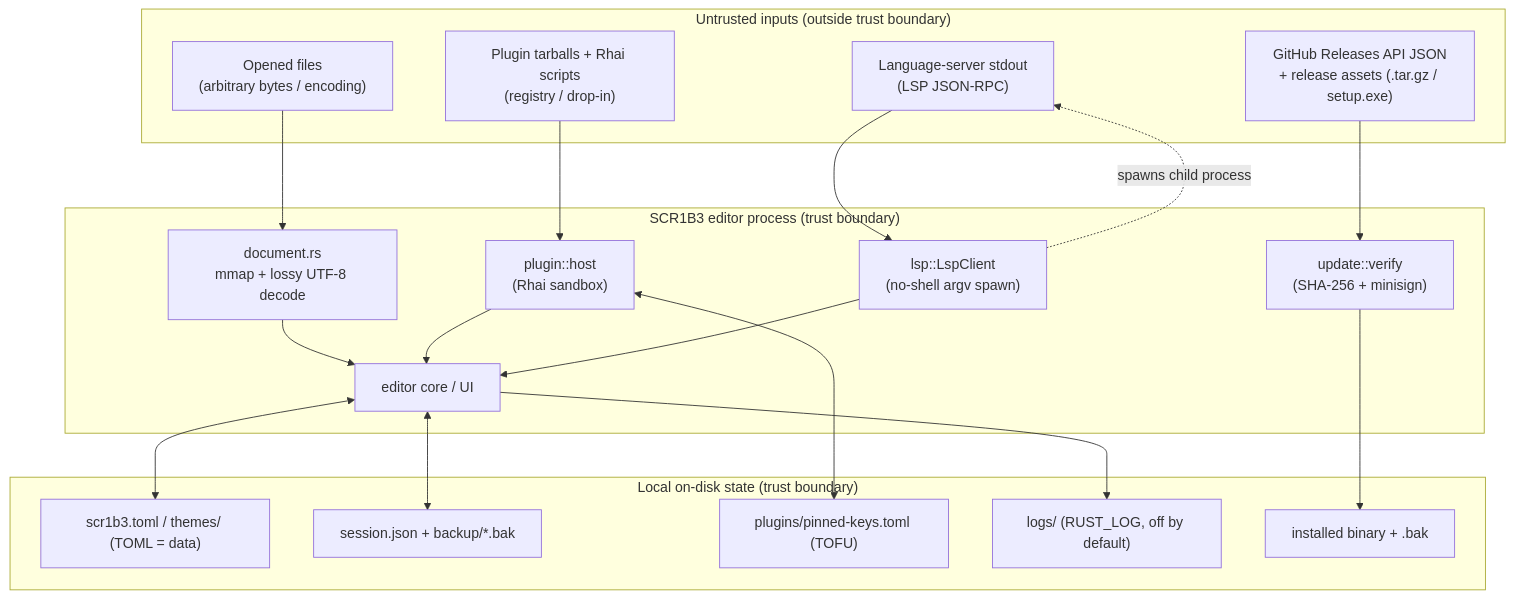
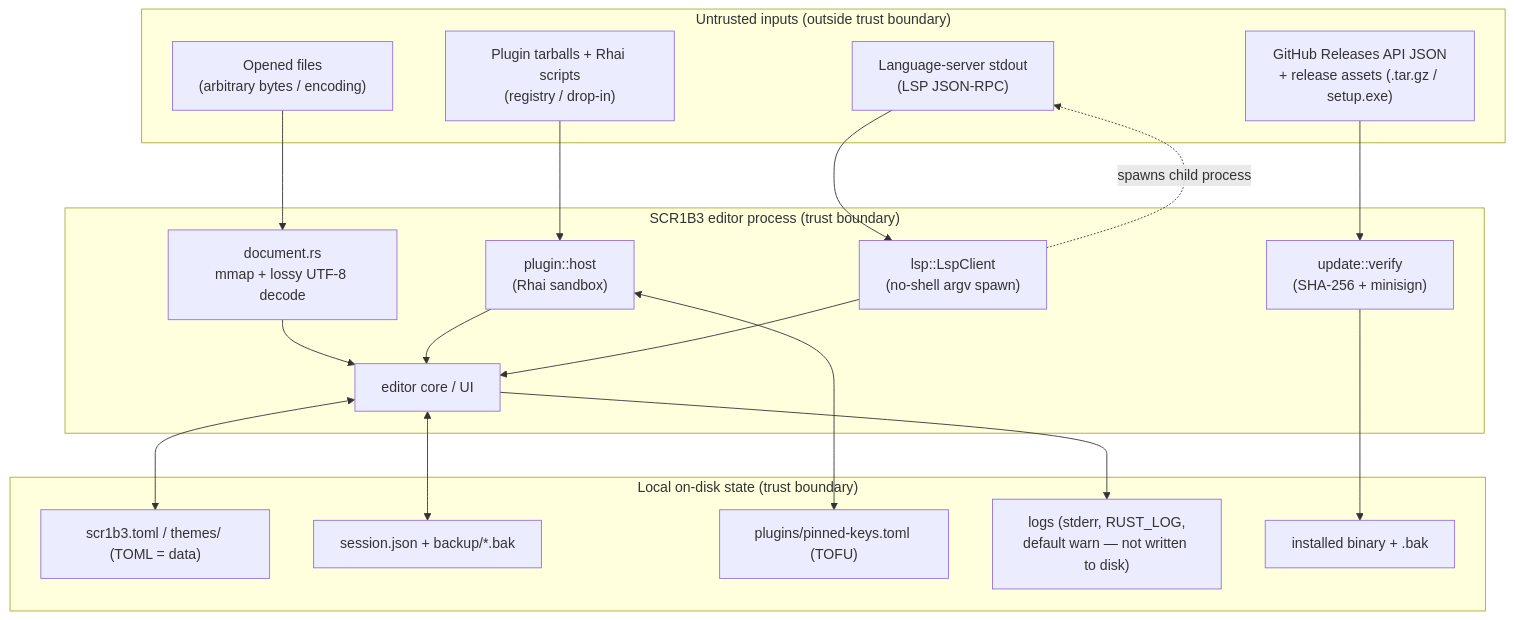
One commit to 46b-ETYKiAL/Itasha.Corp_S4F3-SCR1B3 changed the diagram in docs/threat-model.md. Above: the diagram before and after it, drawn with Mermaid. The commit also changed 8 other files, not shown here.

````diff
--- a/docs/threat-model.md
+++ b/docs/threat-model.md
@@ -37,35 +37,35 @@
 ```mermaid
 graph TD
     subgraph Untrusted["Untrusted inputs (outside trust boundary)"]
         FILE["Opened files<br/>(arbitrary bytes / encoding)"]
         TARBALL["Plugin tarballs + Rhai scripts<br/>(registry / drop-in)"]
         GH["GitHub Releases API JSON<br/>+ release assets (.tar.gz / setup.exe)"]
         LSPOUT["Language-server stdout<br/>(LSP JSON-RPC)"]
     end
 
     subgraph Editor["SCR1B3 editor process (trust boundary)"]
         DOC["document.rs<br/>mmap + lossy UTF-8 decode"]
         PLUGIN["plugin::host<br/>(Rhai sandbox)"]
         VERIFY["update::verify<br/>(SHA-256 + minisign)"]
         LSPC["lsp::LspClient<br/>(no-shell argv spawn)"]
         CORE["editor core / UI"]
     end
 
     subgraph Disk["Local on-disk state (trust boundary)"]
         CFG["scr1b3.toml / themes/ (TOML = data)"]
         SESS["session.json + backup/*.bak"]
         PINS["plugins/pinned-keys.toml (TOFU)"]
-        LOGS["logs/ (RUST_LOG, off by default)"]
+        LOGS["logs (stderr, RUST_LOG,<br/>default warn — not written to disk)"]
         BIN["installed binary + .bak"]
     end
 
     FILE --> DOC --> CORE
     TARBALL --> PLUGIN --> CORE
     GH --> VERIFY --> BIN
     LSPOUT --> LSPC --> CORE
     CORE <--> CFG
     CORE <--> SESS
     PLUGIN <--> PINS
     CORE --> LOGS
     LSPC -. spawns child process .-> LSPOUT
 ```
````
